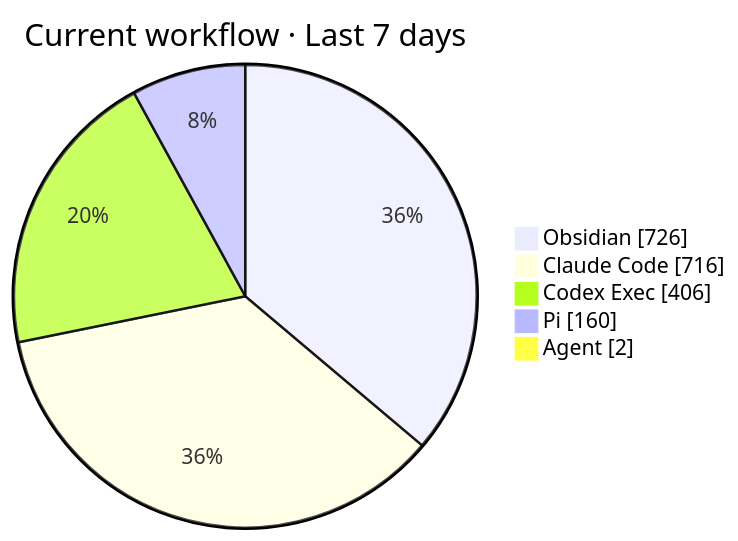
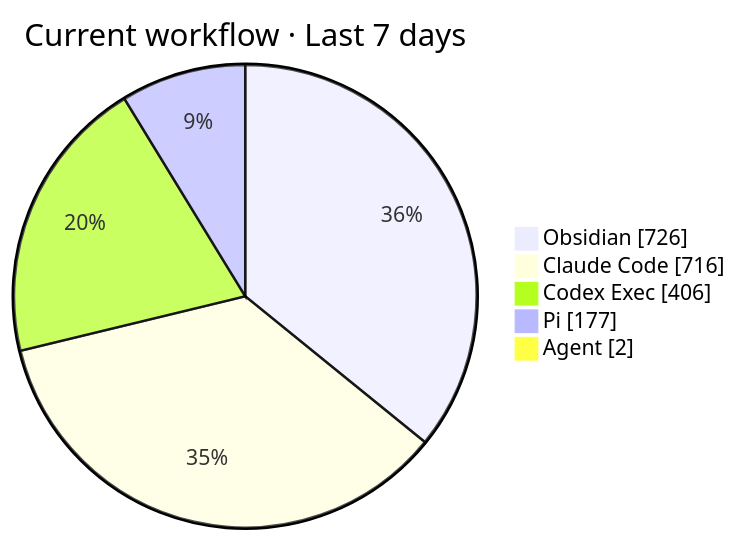
Before and after one commit to MrXnneHang/MrXnneHang: the diagram in README.md, drawn with Mermaid. The commit also changed other lines of this file, not shown here.

````diff
--- a/README.md
+++ b/README.md
@@ -36,9 +36,9 @@
 ```mermaid
 pie showData
     title Current workflow · Last 7 days
     "Obsidian" : 726
     "Claude Code" : 716
     "Codex Exec" : 406
-    "Pi" : 160
+    "Pi" : 177
     "Agent" : 2
 ```
````
